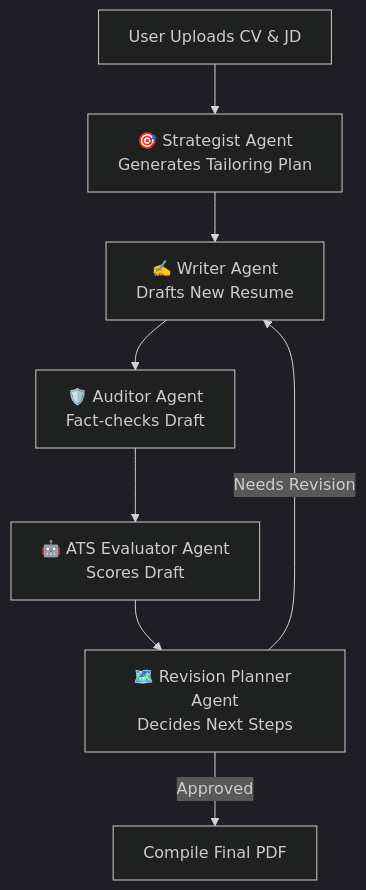
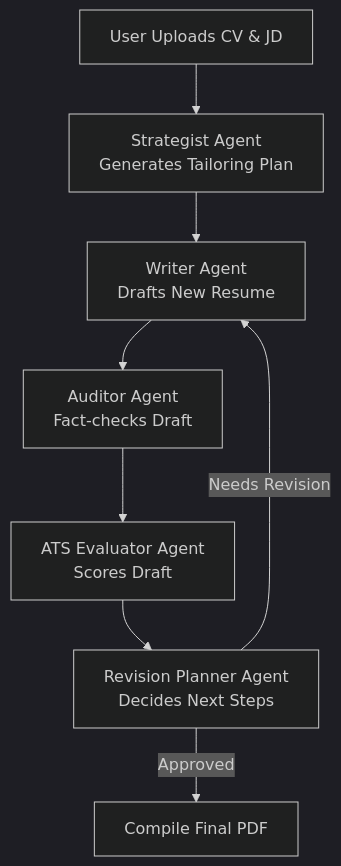
The first of 3 diagrams in README.md (thegurlalsingh/cv_tailor), drawn with Mermaid (dark theme) before and after one commit. The commit also changed other lines of this file, not shown here.

````diff
--- a/README.md
+++ b/README.md
@@ -41,11 +35,11 @@
 ```mermaid
 graph TD
     Start[User Uploads CV & JD] --> Strategist
-    Strategist[🎯 Strategist Agent<br/>Generates Tailoring Plan] --> Writer
-    Writer[✍️ Writer Agent<br/>Drafts New Resume] --> Auditor
-    Auditor[🛡️ Auditor Agent<br/>Fact-checks Draft] --> ATSEval
-    ATSEval[🤖 ATS Evaluator Agent<br/>Scores Draft] --> Planner
-    Planner[🗺️ Revision Planner Agent<br/>Decides Next Steps]
+    Strategist[ Strategist Agent<br/>Generates Tailoring Plan] --> Writer
+    Writer[ Writer Agent<br/>Drafts New Resume] --> Auditor
+    Auditor[ Auditor Agent<br/>Fact-checks Draft] --> ATSEval
+    ATSEval[ ATS Evaluator Agent<br/>Scores Draft] --> Planner
+    Planner[ Revision Planner Agent<br/>Decides Next Steps]
     Planner -- Needs Revision --> Writer
     Planner -- Approved --> Finalize[Compile Final PDF]
 ```
````
